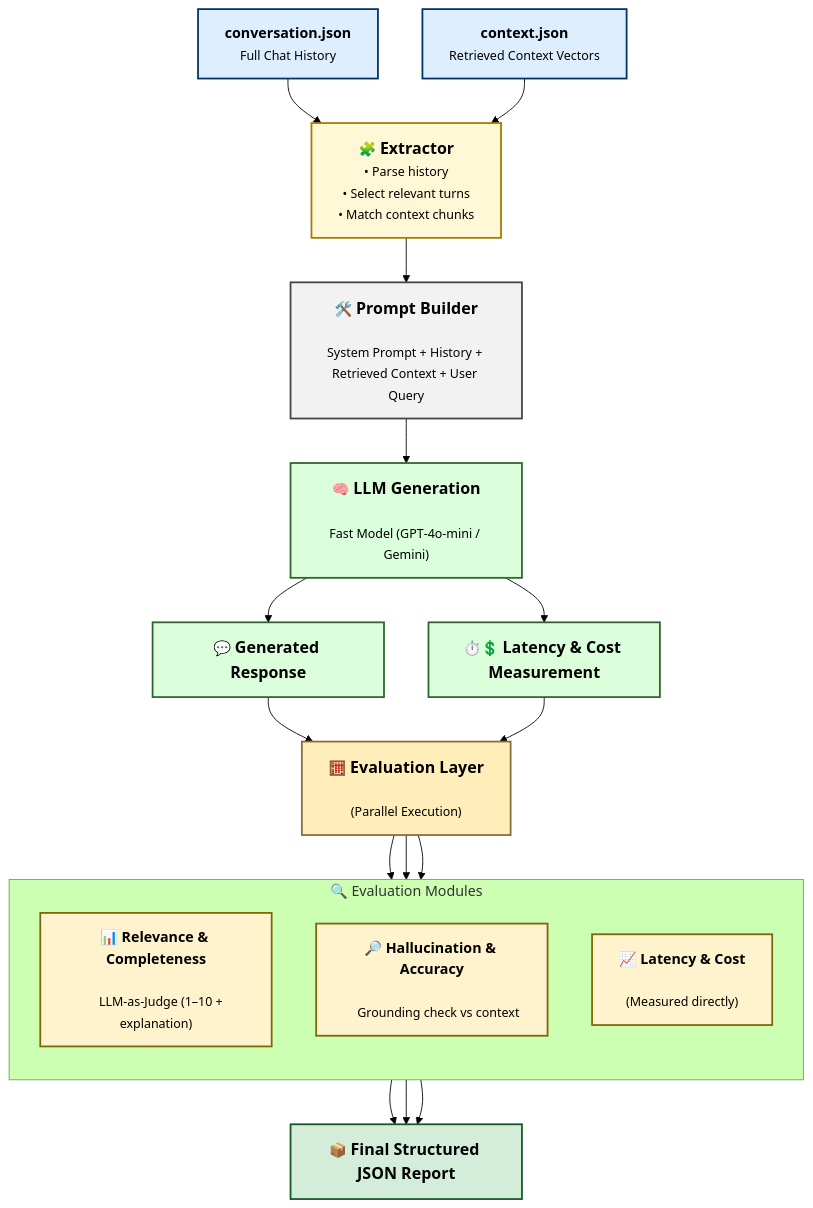
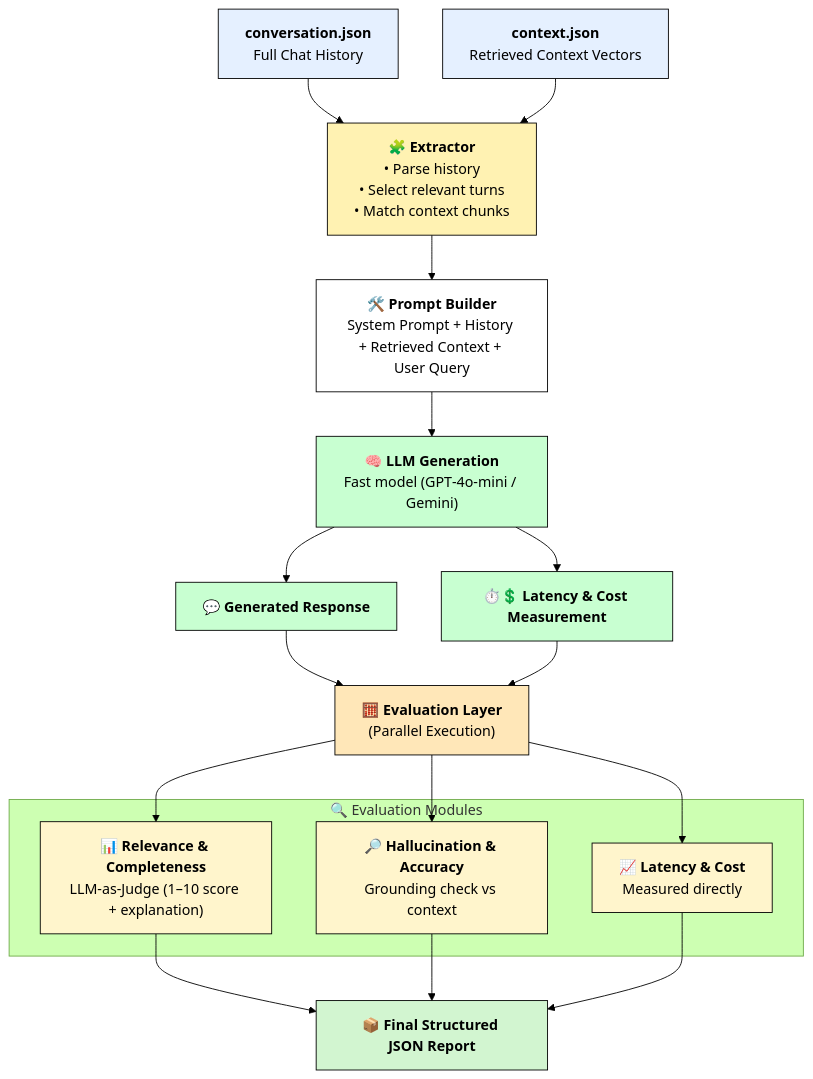
Before and after one commit to saikiranpulagalla/EvalFlow: the diagram in README.md, drawn with Mermaid (forest theme).

````diff
--- a/README.md
+++ b/README.md
@@ -53,80 +53,67 @@
 ```mermaid
 flowchart TD
 
 %% ---------- INPUTS ----------
-A1["<b>conversation.json</b><br/><span style='font-size:14px'>Full Chat History</span>"]
-A2["<b>context.json</b><br/><span style='font-size:14px'>Retrieved Context Vectors</span>"]
-
+A1["<b>conversation.json</b><br/>Full Chat History"]
+A2["<b>context.json</b><br/>Retrieved Context Vectors"]
 A1 --> B
 A2 --> B
 
 %% ---------- EXTRACTION ----------
-B["🧩 <b style='font-size:18px'>Extractor</b><br/><span style='font-size:14px'>• Parse history<br/>• Select relevant turns<br/>• Match context chunks</span>"]
+B["🧩 <b>Extractor</b><br/>• Parse history<br/>• Select relevant turns<br/>• Match context chunks"]
 B --> C
 
 %% ---------- PROMPT BUILDING ----------
-C["🛠️ <b style='font-size:18px'>Prompt Builder</b><br/><span style='font-size:14px'>
-System Prompt + History + Retrieved Context + User Query</span>"]
+C["🛠️ <b>Prompt Builder</b><br/>System Prompt + History + Retrieved Context + User Query"]
 C --> D
 
 %% ---------- LLM GENERATION ----------
-D["🧠 <b style='font-size:18px'>LLM Generation</b><br/><span style='font-size:14px'>
-Fast Model (GPT‑4o‑mini / Gemini)</span>"]
+D["🧠 <b>LLM Generation</b><br/>Fast model (GPT‑4o‑mini / Gemini)"]
 D --> E
 D --> F
 
 %% ---------- OUTPUT ----------
-E["💬 <b style='font-size:18px'>Generated Response</b>"]
+E["💬 <b>Generated Response</b>"]
 
 %% ---------- METRICS ----------
-F["⏱️💲 <b style='font-size:18px'>Latency & Cost Measurement</b>"]
+F["⏱️💲 <b>Latency & Cost Measurement</b>"]
 
 %% ---------- EVALUATION LAYER ----------
 E --> G
 F --> G
-
-G["🧮 <b style='font-size:18px'>Evaluation Layer</b><br/><span style='font-size:14px'>
-(Parallel Execution)</span>"]
+G["🧮 <b>Evaluation Layer</b><br/>(Parallel Execution)"]
 
 subgraph "🔍 Evaluation Modules"
-    direction TB
-    G1["📊 <b>Relevance & Completeness</b><br/><span style='font-size:14px'>
-    LLM-as-Judge (1–10 + explanation)</span>"]
-
-    G2["🔎 <b>Hallucination & Accuracy</b><br/><span style='font-size:14px'>
-    Grounding check vs context</span>"]
-
-    G3["📈 <b>Latency & Cost</b><br/><span style='font-size:14px'>
-    (Measured directly)</span>"]
+    G1["📊 <b>Relevance & Completeness</b><br/>LLM‑as‑Judge (1–10 score + explanation)"]
+    G2["🔎 <b>Hallucination & Accuracy</b><br/>Grounding check vs context"]
+    G3["📈 <b>Latency & Cost</b><br/>Measured directly"]
 end
 
 G --> G1
 G --> G2
 G --> G3
-
 G1 --> H
 G2 --> H
 G3 --> H
 
 %% ---------- FINAL REPORT ----------
-H["📦 <b style='font-size:18px'>Final Structured JSON Report</b>"]
+H["📦 <b>Final Structured JSON Report</b>"]
 
-%% ---------- STYLES ----------
-style A1 fill:#dceeff,stroke:#003366,stroke-width:2px
-style A2 fill:#dceeff,stroke:#003366,stroke-width:2px
+%% ---------- HIGH‑CONTRAST STYLES ----------
+style A1 fill:#e5f0ff,stroke:#000,color:#000
+style A2 fill:#e5f0ff,stroke:#000,color:#000
 
-style B fill:#fff8d6,stroke:#a67c00,stroke-width:2px
-style C fill:#f2f2f2,stroke:#444,stroke-width:2px
+style B fill:#fff2b2,stroke:#000,color:#000
+style C fill:#ffffff,stroke:#000,color:#000
+style D fill:#c8ffd1,stroke:#000,color:#000
+style E fill:#c8ffd1,stroke:#000,color:#000
+style F fill:#c8ffd1,stroke:#000,color:#000
 
-style D fill:#dbffdb,stroke:#2d662d,stroke-width:2px
-style E fill:#dbffdb,stroke:#2d662d,stroke-width:2px
-style F fill:#dbffdb,stroke:#2d662d,stroke-width:2px
+style G fill:#ffe7b8,stroke:#000,color:#000
+style G1 fill:#fff5cc,stroke:#000,color:#000
+style G2 fill:#fff5cc,stroke:#000,color:#000
+style G3 fill:#fff5cc,stroke:#000,color:#000
 
-style G fill:#ffeeba,stroke:#8a6d3b,stroke-width:2px
-style G1 fill:#fff3cd,stroke:#7d6608,stroke-width:2px
-style G2 fill:#fff3cd,stroke:#7d6608,stroke-width:2px
-style G3 fill:#fff3cd,stroke:#7d6608,stroke-width:2px
-
-style H fill:#d4edda,stroke:#155724,stroke-width:2px
+style H fill:#d2f5d0,stroke:#000,color:#000
 
 ```
````
